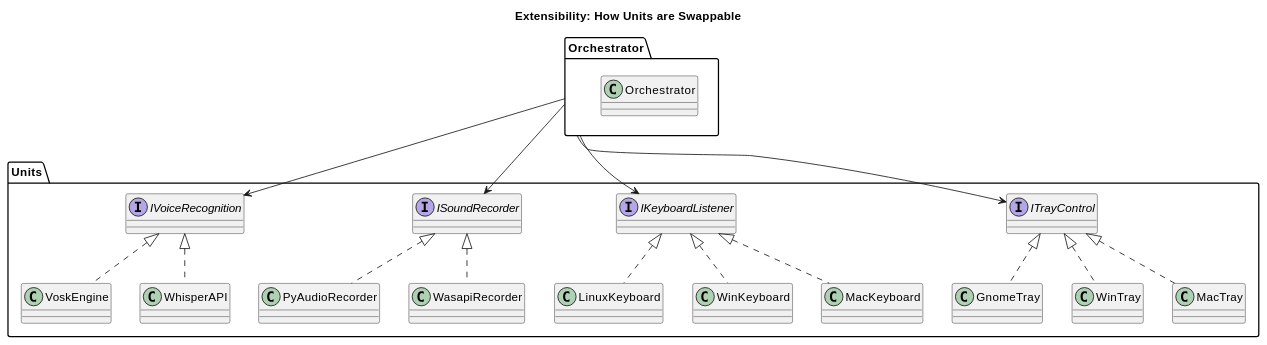
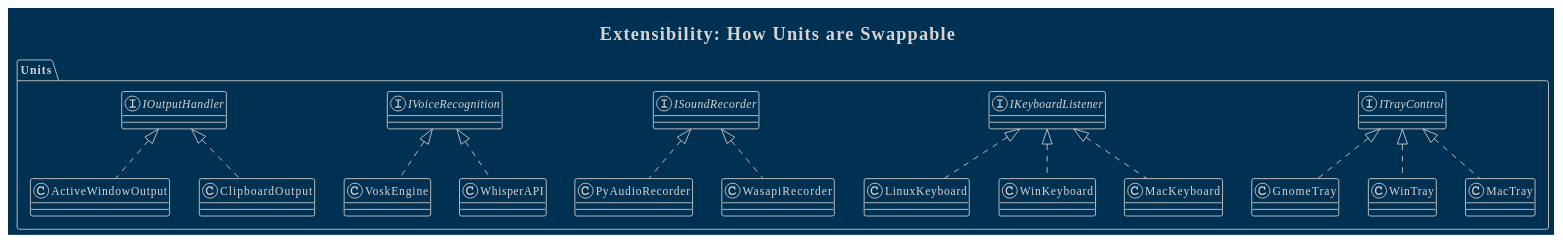
The sixth of 6 diagrams in docs/architecture v0.1.0/scenarios.md (vovka/ubuntu_voice_to_text), drawn with PlantUML before and after one commit. The commit also changed other lines of this file and 7 other files, not shown here.

Commit message:
Reworked architecture to choreography

````diff
--- a/docs/architecture v0.1.0/scenarios.md
+++ b/docs/architecture v0.1.0/scenarios.md
@@ -187,48 +189,47 @@
 ```plantuml
-@startuml
+!theme blueprint
 title Extensibility: How Units are Swappable
-
-package "Orchestrator" {
-  class Orchestrator
-}
 
 package "Units" {
   interface ITrayControl
   class GnomeTray
   class WinTray
   class MacTray
 
   interface IKeyboardListener
   class LinuxKeyboard
   class WinKeyboard
   class MacKeyboard
 
   interface ISoundRecorder
   class PyAudioRecorder
   class WasapiRecorder
 
   interface IVoiceRecognition
   class VoskEngine
   class WhisperAPI
+
+  interface IOutputHandler
+  class ActiveWindowOutput
+  class ClipboardOutput
 }
 
-Orchestrator --> ITrayControl
 ITrayControl <|.. GnomeTray
 ITrayControl <|.. WinTray
 ITrayControl <|.. MacTray
 
-Orchestrator --> IKeyboardListener
 IKeyboardListener <|.. LinuxKeyboard
 IKeyboardListener <|.. WinKeyboard
 IKeyboardListener <|.. MacKeyboard
 
-Orchestrator --> ISoundRecorder
 ISoundRecorder <|.. PyAudioRecorder
 ISoundRecorder <|.. WasapiRecorder
 
-Orchestrator --> IVoiceRecognition
 IVoiceRecognition <|.. VoskEngine
 IVoiceRecognition <|.. WhisperAPI
 
+IOutputHandler <|.. ActiveWindowOutput
+IOutputHandler <|.. ClipboardOutput
+
 @enduml
 ```
````
